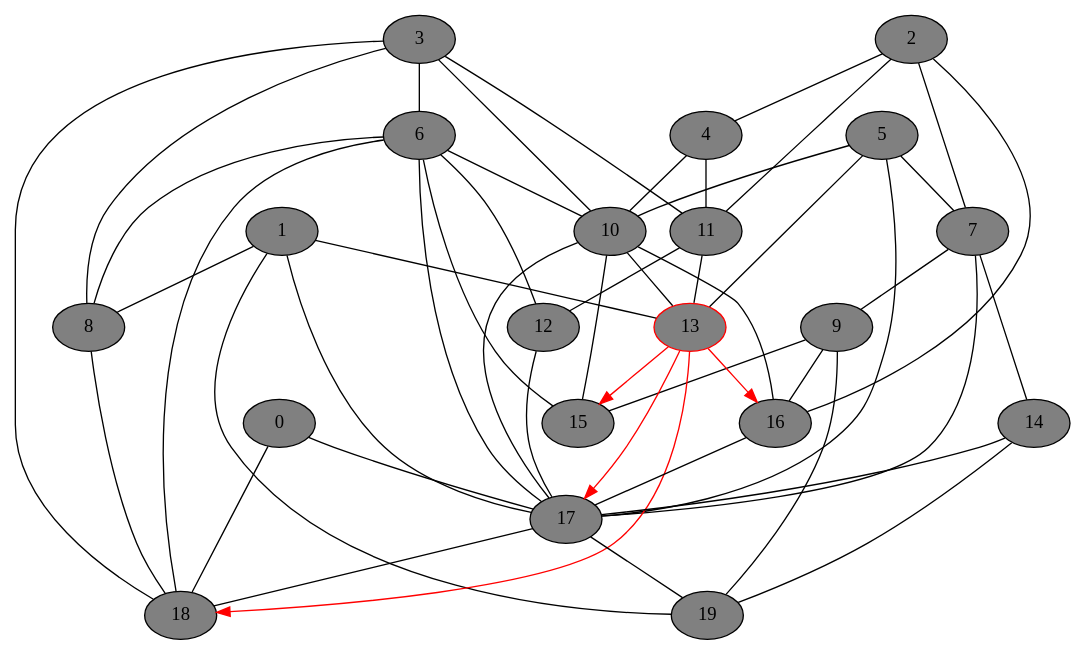
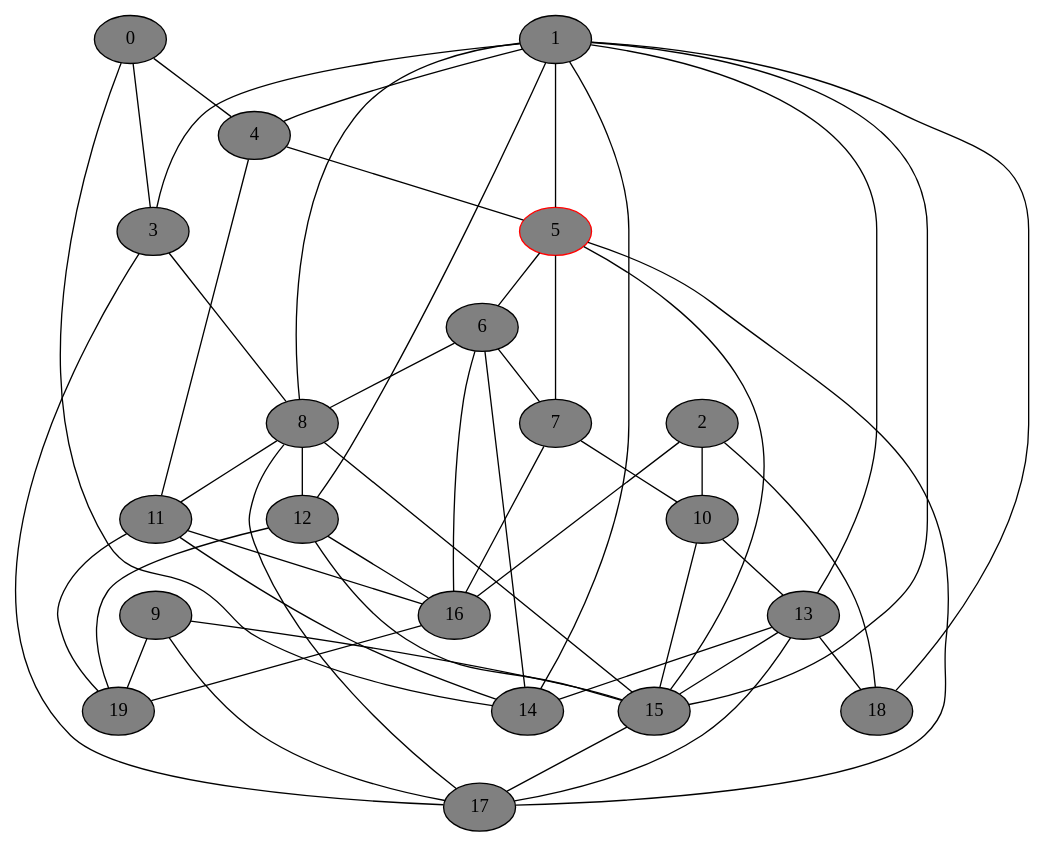
The diagram in gv_graphs/nxt0046.dot (DSMishler/EBA_models), drawn with Graphviz before and after one commit. The commit also changed 941 other files, not shown here.

```diff
--- a/gv_graphs/nxt0046.dot
+++ b/gv_graphs/nxt0046.dot
@@ -1,74 +1,74 @@
 // network test graph
 digraph
 {
 	0 [fillcolor=gray,style=filled,]
 	1 [fillcolor=gray,style=filled,]
 	2 [fillcolor=gray,style=filled,]
 	3 [fillcolor=gray,style=filled,]
 	4 [fillcolor=gray,style=filled,]
-	5 [fillcolor=gray,style=filled,]
+	5 [fillcolor=gray,style=filled,color=red,]
 	6 [fillcolor=gray,style=filled,]
 	7 [fillcolor=gray,style=filled,]
 	8 [fillcolor=gray,style=filled,]
 	9 [fillcolor=gray,style=filled,]
 	10 [fillcolor=gray,style=filled,]
 	11 [fillcolor=gray,style=filled,]
 	12 [fillcolor=gray,style=filled,]
-	13 [fillcolor=gray,style=filled,color=red,]
+	13 [fillcolor=gray,style=filled,]
 	14 [fillcolor=gray,style=filled,]
 	15 [fillcolor=gray,style=filled,]
 	16 [fillcolor=gray,style=filled,]
 	17 [fillcolor=gray,style=filled,]
 	18 [fillcolor=gray,style=filled,]
 	19 [fillcolor=gray,style=filled,]
-	0 -> 17 [dir=none]
-	0 -> 18 [dir=none]
+	0 -> 3 [dir=none]
+	0 -> 4 [dir=none]
+	0 -> 14 [dir=none]
+	1 -> 3 [dir=none]
+	1 -> 4 [dir=none]
+	1 -> 5 [dir=none]
 	1 -> 8 [dir=none]
+	1 -> 12 [dir=none]
 	1 -> 13 [dir=none]
-	1 -> 17 [dir=none]
-	1 -> 19 [dir=none]
-	2 -> 4 [dir=none]
-	2 -> 7 [dir=none]
-	2 -> 11 [dir=none]
+	1 -> 14 [dir=none]
+	1 -> 15 [dir=none]
+	1 -> 18 [dir=none]
+	2 -> 10 [dir=none]
 	2 -> 16 [dir=none]
-	3 -> 6 [dir=none]
+	2 -> 18 [dir=none]
 	3 -> 8 [dir=none]
-	3 -> 10 [dir=none]
-	3 -> 11 [dir=none]
-	3 -> 18 [dir=none]
-	4 -> 10 [dir=none]
+	3 -> 17 [dir=none]
+	4 -> 5 [dir=none]
 	4 -> 11 [dir=none]
+	5 -> 6 [dir=none]
 	5 -> 7 [dir=none]
-	5 -> 10 [dir=none]
-	5 -> 13 [dir=none]
+	5 -> 15 [dir=none]
 	5 -> 17 [dir=none]
+	6 -> 7 [dir=none]
 	6 -> 8 [dir=none]
-	6 -> 10 [dir=none]
-	6 -> 12 [dir=none]
-	6 -> 15 [dir=none]
-	6 -> 17 [dir=none]
-	6 -> 18 [dir=none]
-	7 -> 9 [dir=none]
-	7 -> 14 [dir=none]
-	7 -> 17 [dir=none]
-	8 -> 18 [dir=none]
+	6 -> 14 [dir=none]
+	6 -> 16 [dir=none]
+	7 -> 10 [dir=none]
+	7 -> 16 [dir=none]
+	8 -> 11 [dir=none]
+	8 -> 12 [dir=none]
+	8 -> 15 [dir=none]
+	8 -> 17 [dir=none]
 	9 -> 15 [dir=none]
-	9 -> 16 [dir=none]
+	9 -> 17 [dir=none]
 	9 -> 19 [dir=none]
 	10 -> 13 [dir=none]
 	10 -> 15 [dir=none]
-	10 -> 16 [dir=none]
-	10 -> 17 [dir=none]
-	11 -> 12 [dir=none]
-	11 -> 13 [dir=none]
-	12 -> 17 [dir=none]
-	13 -> 15 [dir=forward,color=red,]
-	13 -> 16 [dir=forward,color=red,]
-	13 -> 17 [dir=forward,color=red,]
-	13 -> 18 [dir=forward,color=red,]
-	14 -> 17 [dir=none]
-	14 -> 19 [dir=none]
-	16 -> 17 [dir=none]
-	17 -> 18 [dir=none]
-	17 -> 19 [dir=none]
+	11 -> 14 [dir=none]
+	11 -> 16 [dir=none]
+	11 -> 19 [dir=none]
+	12 -> 15 [dir=none]
+	12 -> 16 [dir=none]
+	12 -> 19 [dir=none]
+	13 -> 14 [dir=none]
+	13 -> 15 [dir=none]
+	13 -> 17 [dir=none]
+	13 -> 18 [dir=none]
+	15 -> 17 [dir=none]
+	16 -> 19 [dir=none]
 }
```
